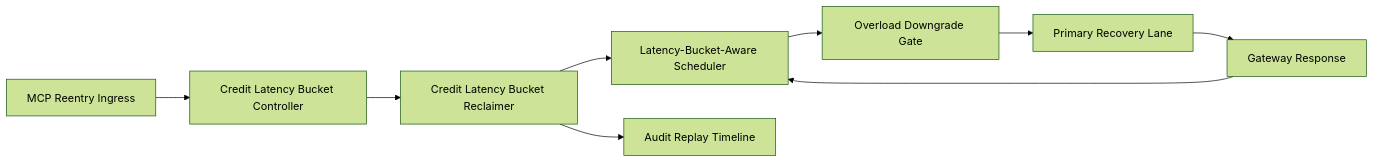
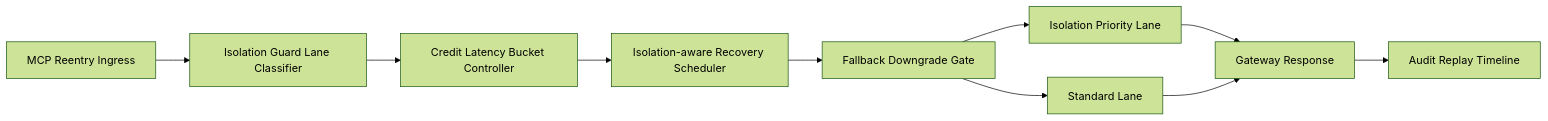
The diagram in workshops/azure-agent-infra/agent-apim-mcp-reentry-credit-latencybucket-isolationguardlane-fairness-faq.en.md (turbo998/ai-infra-lab), drawn with Mermaid (forest theme) before and after one commit. The commit also changed other lines of this file and 22 other files, not shown here.

````diff
--- a/workshops/azure-agent-infra/agent-apim-mcp-reentry-credit-latencybucket-isolationguardlane-fairness-faq.en.md
+++ b/workshops/azure-agent-infra/agent-apim-mcp-reentry-credit-latencybucket-isolationguardlane-fairness-faq.en.md
@@ -26,11 +26,12 @@
 ```mermaid
 flowchart LR
-  A[MCP Reentry Ingress] --> B[Credit Latency Bucket Controller]
-  B --> C[Credit Latency Bucket Reclaimer]
-  C --> D[Latency-Bucket-Aware Scheduler]
-  D --> E[Overload Downgrade Gate]
-  E --> F[Primary Recovery Lane]
-  C --> G[Audit Replay Timeline]
+  A[MCP Reentry Ingress] --> B[Isolation Guard Lane Classifier]
+  B --> C[Credit Latency Bucket Controller]
+  C --> D[Isolation-aware Recovery Scheduler]
+  D --> E[Fallback Downgrade Gate]
+  E --> F[Isolation Priority Lane]
+  E --> G[Standard Lane]
   F --> H[Gateway Response]
-  H --> D
+  G --> H
+  H --> I[Audit Replay Timeline]
 ```
````
